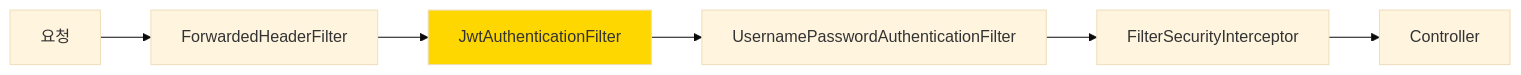
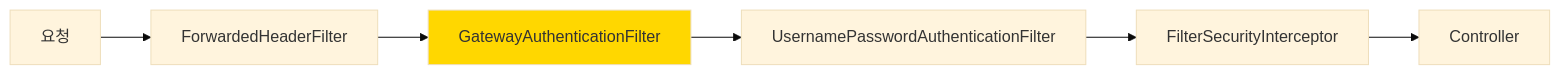
The seventh of 8 diagrams in docs/architecture/auth-service/security-mechanisms.md (L-a-z-e/portal-universe), drawn with Mermaid (base theme) before and after one commit. The commit also changed other lines of this file and 23 other files, not shown here.

````diff
--- a/docs/architecture/auth-service/security-mechanisms.md
+++ b/docs/architecture/auth-service/security-mechanisms.md
@@ -719,10 +719,10 @@
 ```mermaid
 flowchart LR
     A[요청] --> B[ForwardedHeaderFilter]
-    B --> C[JwtAuthenticationFilter]
+    B --> C[GatewayAuthenticationFilter]
     C --> D[UsernamePasswordAuthenticationFilter]
     D --> E[FilterSecurityInterceptor]
     E --> F[Controller]
 
     style C fill:#FFD700
 ```
````
